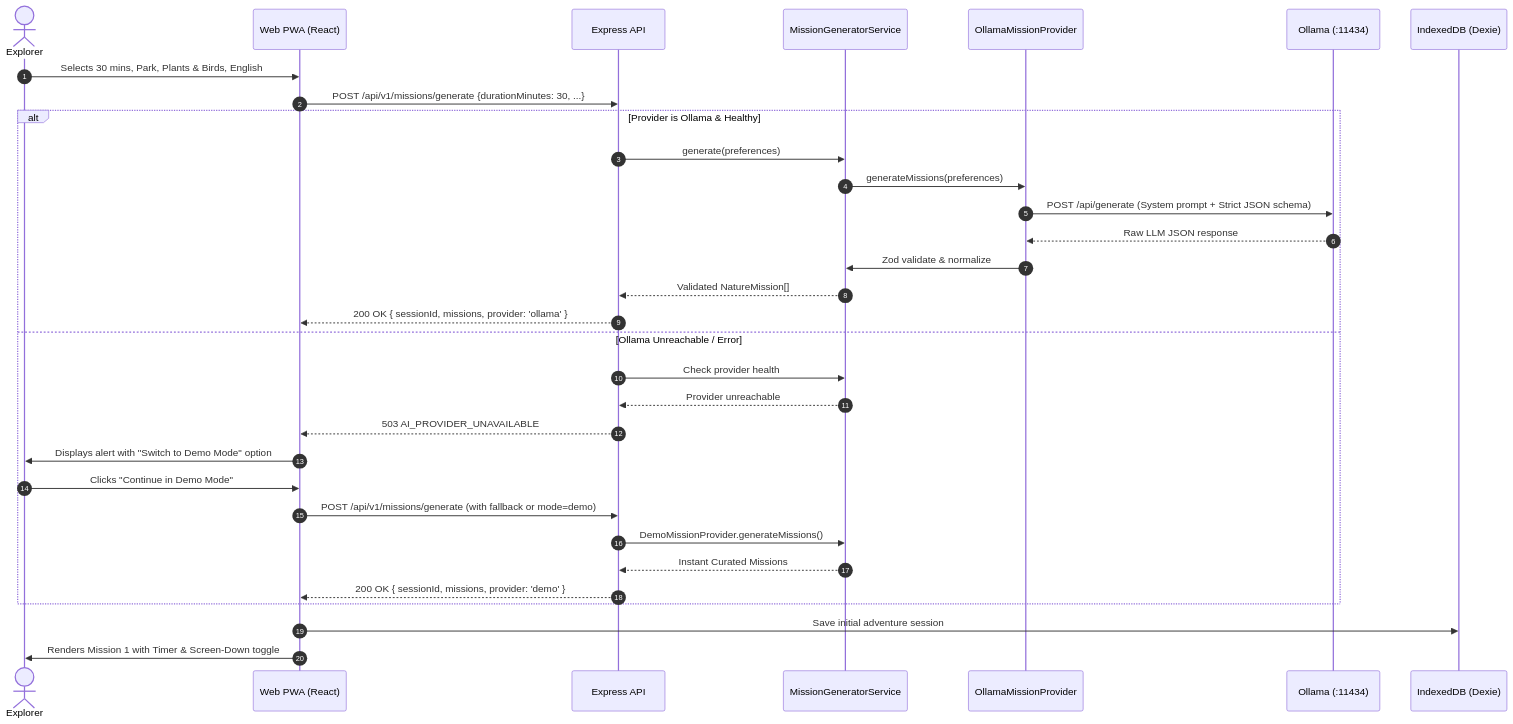
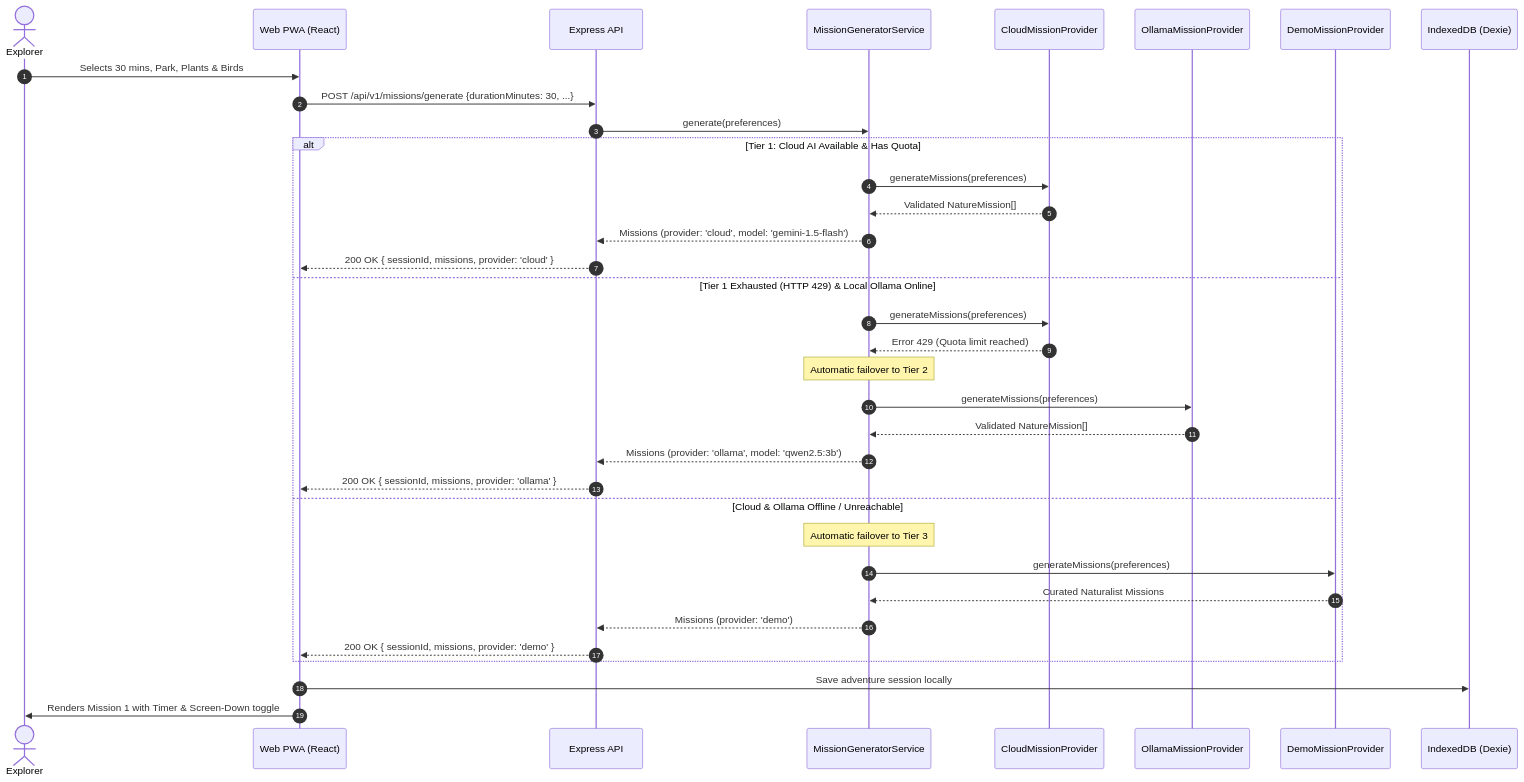
Before and after one commit to arnab825/FieldQuest: the third of 5 diagrams in docs/ARCHITECTURE.md, drawn with Mermaid. The commit also changed other lines of this file and 21 other files, not shown here.

Commit message:
feat: add mission generator provider interface, deployment guides, and adventure setup UI component

````diff
--- a/docs/ARCHITECTURE.md
+++ b/docs/ARCHITECTURE.md
@@ -88,37 +97,40 @@
 ```mermaid
 sequenceDiagram
     autonumber
     actor User as Explorer
     participant UI as Web PWA (React)
     participant API as Express API
     participant Gen as MissionGeneratorService
-    participant Provider as OllamaMissionProvider
-    participant Ollama as Ollama (:11434)
+    participant Cloud as CloudMissionProvider
+    participant Ollama as OllamaMissionProvider
+    participant Demo as DemoMissionProvider
     participant IDB as IndexedDB (Dexie)
 
-    User->>UI: Selects 30 mins, Park, Plants & Birds, English
+    User->>UI: Selects 30 mins, Park, Plants & Birds
     UI->>API: POST /api/v1/missions/generate {durationMinutes: 30, ...}
-    
-    alt Provider is Ollama & Healthy
-        API->>Gen: generate(preferences)
-        Gen->>Provider: generateMissions(preferences)
-        Provider->>Ollama: POST /api/generate (System prompt + Strict JSON schema)
-        Ollama-->>Provider: Raw LLM JSON response
-        Provider->>Gen: Zod validate & normalize
-        Gen-->>API: Validated NatureMission[]
+    API->>Gen: generate(preferences)
+
+    alt Tier 1: Cloud AI Available & Has Quota
+        Gen->>Cloud: generateMissions(preferences)
+        Cloud-->>Gen: Validated NatureMission[]
+        Gen-->>API: Missions (provider: 'cloud', model: 'gemini-1.5-flash')
+        API-->>UI: 200 OK { sessionId, missions, provider: 'cloud' }
+    else Tier 1 Exhausted (HTTP 429) & Local Ollama Online
+        Gen->>Cloud: generateMissions(preferences)
+        Cloud-->>Gen: Error 429 (Quota limit reached)
+        Note over Gen: Automatic failover to Tier 2
+        Gen->>Ollama: generateMissions(preferences)
+        Ollama-->>Gen: Validated NatureMission[]
+        Gen-->>API: Missions (provider: 'ollama', model: 'qwen2.5:3b')
         API-->>UI: 200 OK { sessionId, missions, provider: 'ollama' }
-    else Ollama Unreachable / Error
-        API->>Gen: Check provider health
-        Gen-->>API: Provider unreachable
-        API-->>UI: 503 AI_PROVIDER_UNAVAILABLE
-        UI->>User: Displays alert with "Switch to Demo Mode" option
-        User->>UI: Clicks "Continue in Demo Mode"
-        UI->>API: POST /api/v1/missions/generate (with fallback or mode=demo)
-        API->>Gen: DemoMissionProvider.generateMissions()
-        Gen-->>API: Instant Curated Missions
+    else Cloud & Ollama Offline / Unreachable
+        Note over Gen: Automatic failover to Tier 3
+        Gen->>Demo: generateMissions(preferences)
+        Demo-->>Gen: Curated Naturalist Missions
+        Gen-->>API: Missions (provider: 'demo')
         API-->>UI: 200 OK { sessionId, missions, provider: 'demo' }
     end
 
-    UI->>IDB: Save initial adventure session
+    UI->>IDB: Save adventure session locally
     UI->>User: Renders Mission 1 with Timer & Screen-Down toggle
 ```
````
